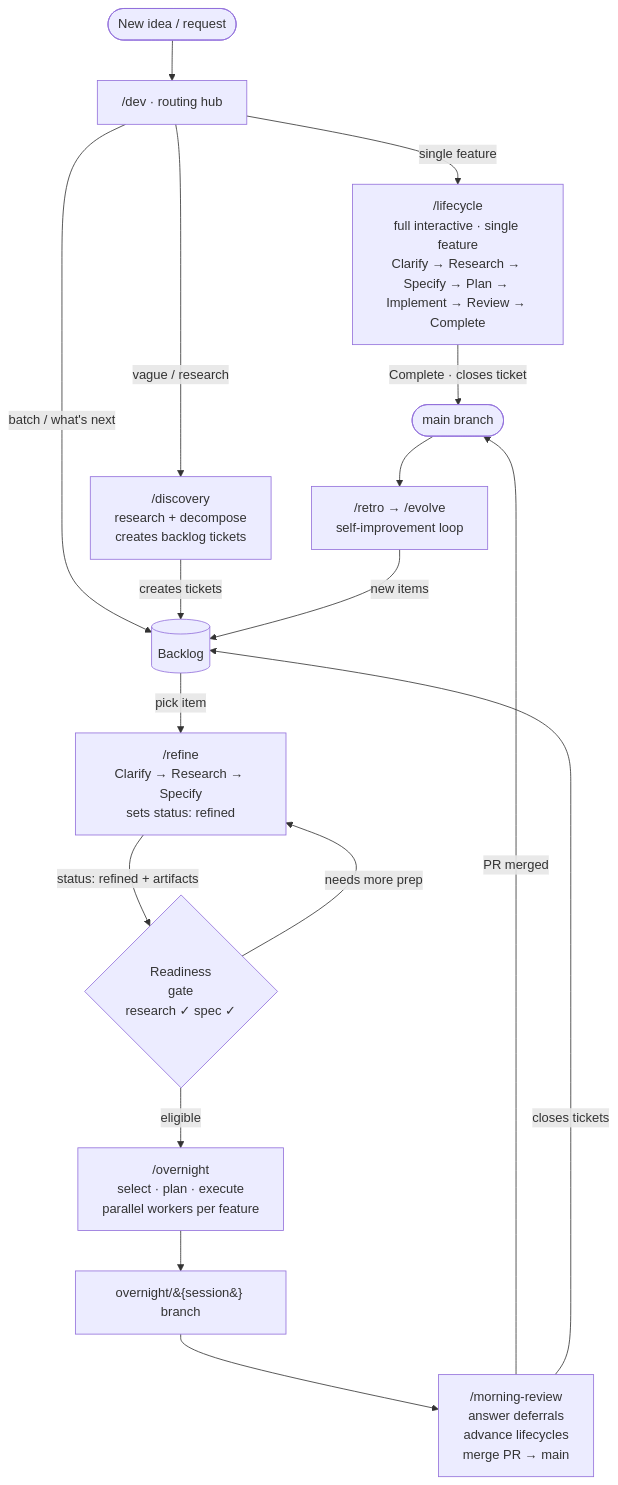
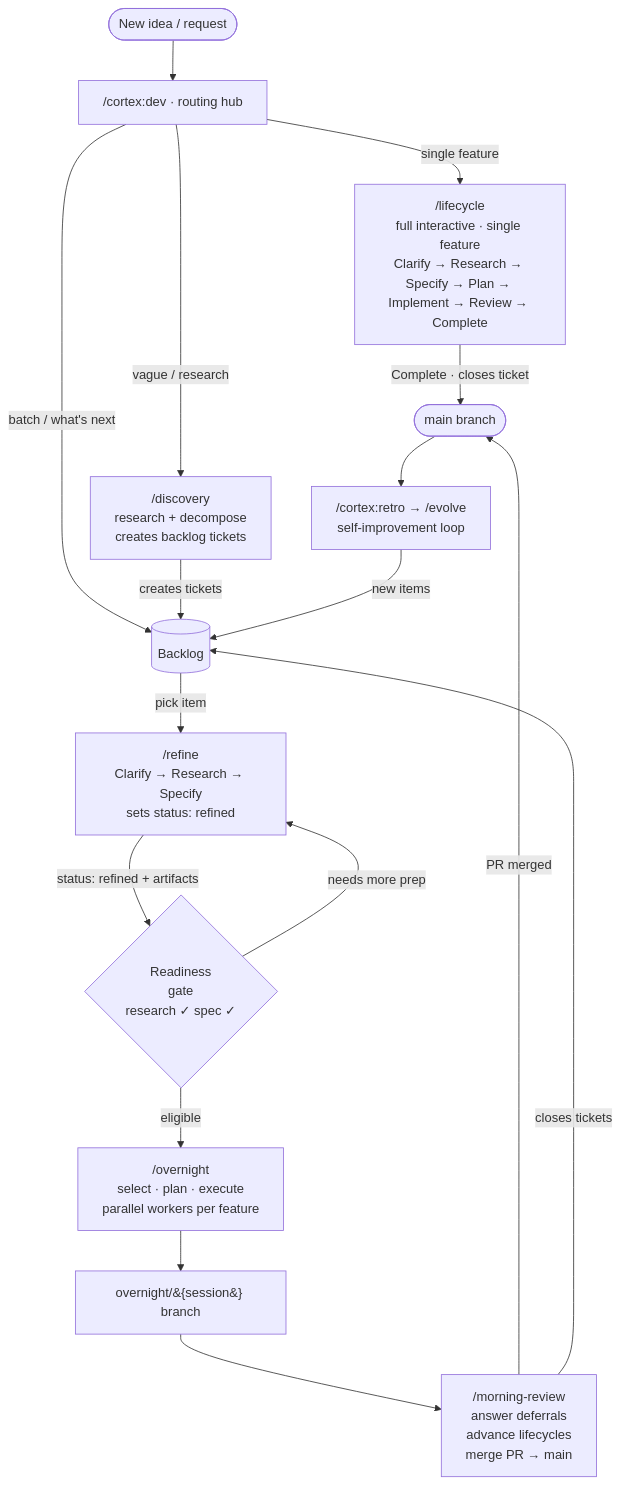
Before and after one commit to charleshall888/cortex-command: the diagram in docs/agentic-layer.md, drawn with Mermaid. The commit also changed other lines of this file and 14 other files, not shown here.

````diff
--- a/docs/agentic-layer.md
+++ b/docs/agentic-layer.md
@@ -72,43 +72,43 @@
 ```mermaid
 graph TD
     START([New idea / request])
-    DEV["/dev · routing hub"]
+    DEV["/cortex:dev · routing hub"]
 
     LC["/lifecycle\nfull interactive · single feature\nClarify → Research → Specify → Plan → Implement → Review → Complete"]
     DISC["/discovery\nresearch + decompose\ncreates backlog tickets"]
     BACKLOG[("Backlog")]
 
     REFINE["/refine\nClarify → Research → Specify\nsets status: refined"]
     GATE{"Readiness\ngate\nresearch ✓  spec ✓"}
 
     OVN["/overnight\nselect · plan · execute\nparallel workers per feature"]
     INTBR["overnight/&#123;session&#125; branch"]
 
     MR["/morning-review\nanswer deferrals\nadvance lifecycles\nmerge PR → main"]
 
-    EVOLVE["/retro → /evolve\nself-improvement loop"]
+    EVOLVE["/cortex:retro → /evolve\nself-improvement loop"]
 
     MAIN([main branch])
 
     START --> DEV
     DEV -->|"single feature"| LC
     DEV -->|"vague / research"| DISC
     DEV -->|"batch / what's next"| BACKLOG
 
     DISC -->|"creates tickets"| BACKLOG
 
     BACKLOG -->|"pick item"| REFINE
     REFINE -->|"status: refined + artifacts"| GATE
     GATE -->|"eligible"| OVN
     GATE -->|"needs more prep"| REFINE
 
     OVN --> INTBR
     INTBR --> MR
     MR -->|"PR merged"| MAIN
     MR -->|"closes tickets"| BACKLOG
 
     LC -->|"Complete · closes ticket"| MAIN
 
     MAIN --> EVOLVE
     EVOLVE -->|"new items"| BACKLOG
 ```
````
